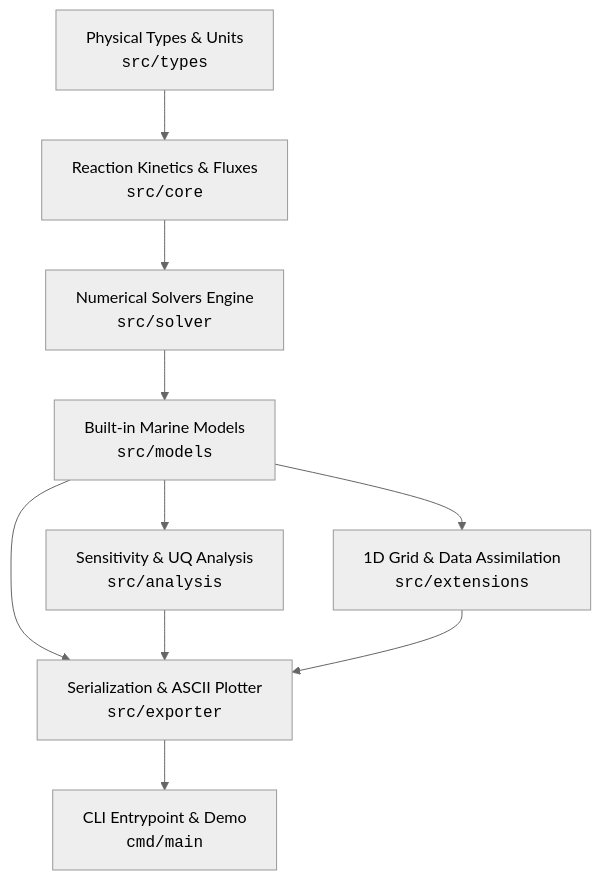
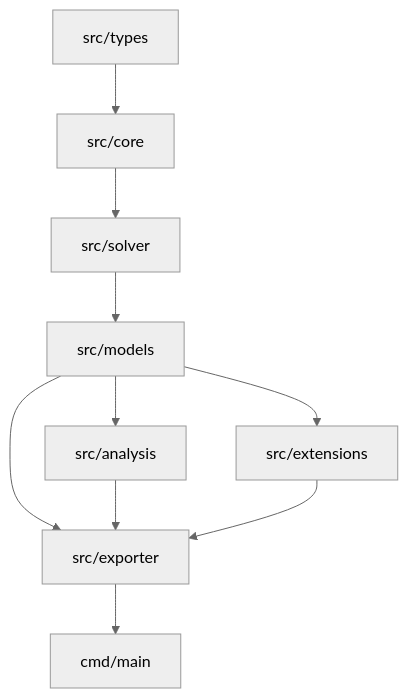
Before and after one commit to lqlnvj/moonbit-biogeochem: the diagram in README.md, drawn with Mermaid (neutral theme). The commit also changed other lines of this file, not shown here.

````diff
--- a/README.md
+++ b/README.md
@@ -26,10 +24,10 @@
 ```mermaid
 flowchart TD
-    A["Physical Types & Units<br/><code>src/types</code>"] --> B["Reaction Kinetics & Fluxes<br/><code>src/core</code>"]
-    B --> C["Numerical Solvers Engine<br/><code>src/solver</code>"]
-    C --> D["Built-in Marine Models<br/><code>src/models</code>"]
-    D --> E["Sensitivity & UQ Analysis<br/><code>src/analysis</code>"]
-    D --> F["1D Grid & Data Assimilation<br/><code>src/extensions</code>"]
-    D & E & F --> G["Serialization & ASCII Plotter<br/><code>src/exporter</code>"]
-    G --> H["CLI Entrypoint & Demo<br/><code>cmd/main</code>"]
+    A[src/types] --> B[src/core]
+    B --> C[src/solver]
+    C --> D[src/models]
+    D --> E[src/analysis]
+    D --> F[src/extensions]
+    D & E & F --> G[src/exporter]
+    G --> H[cmd/main]
 ```
````
